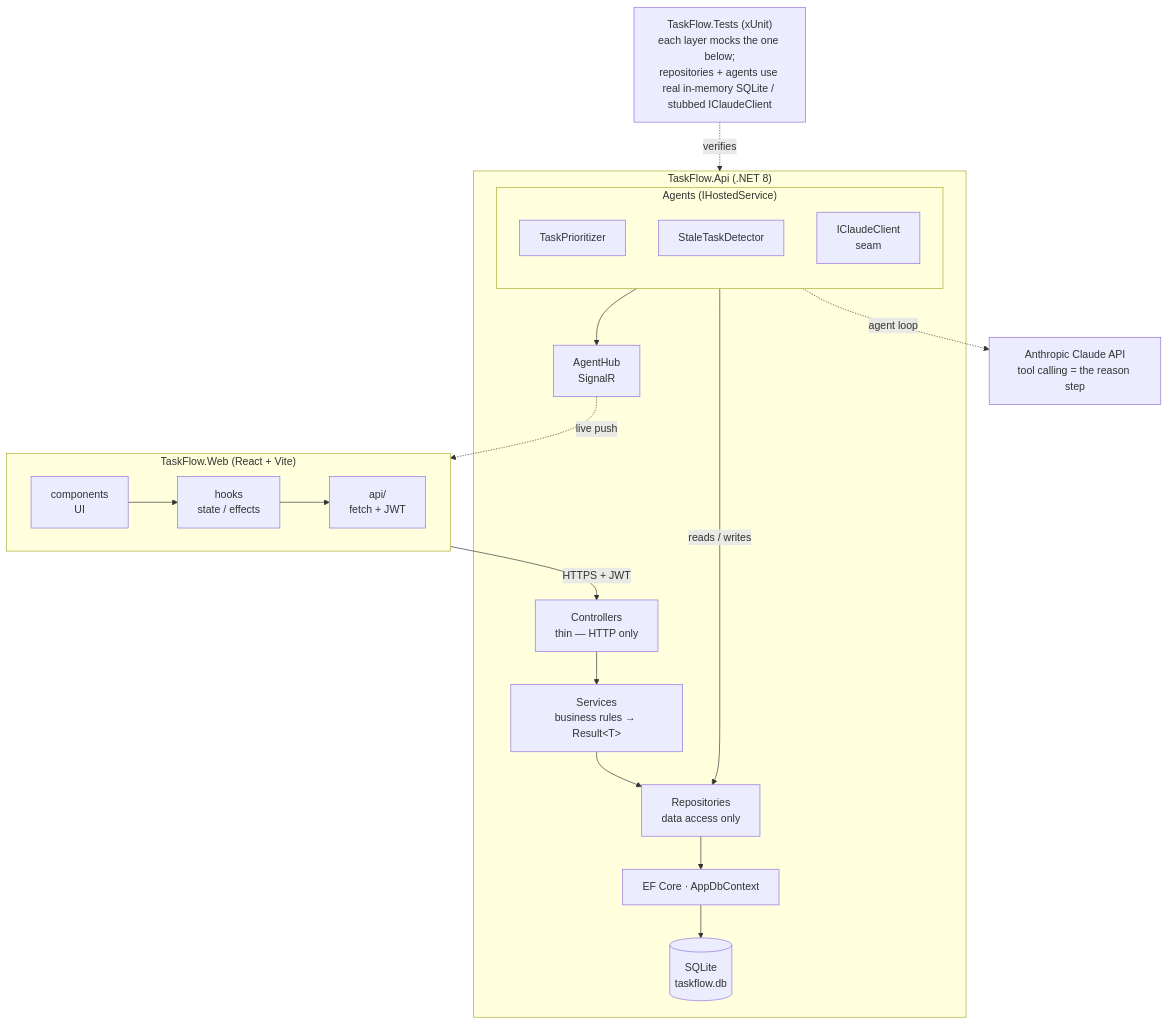
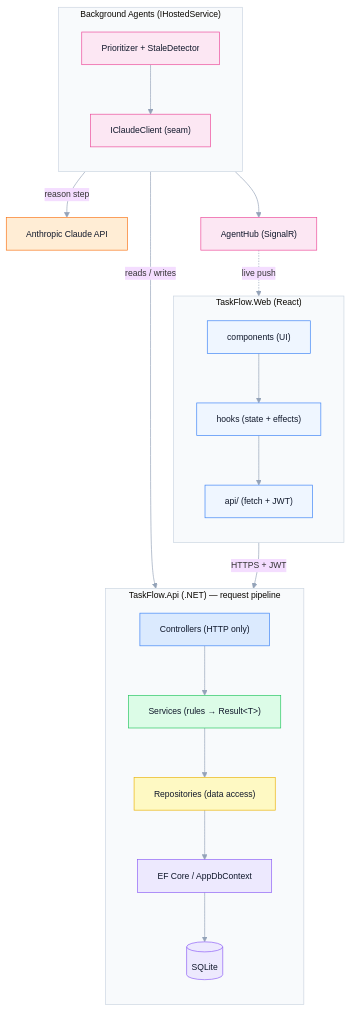
The first of 2 diagrams in TaskFlow_Refactor_Architecture_and_TDD.md (AndrewVanDelden/TaskFlow), drawn with Mermaid before and after one commit. The commit also changed other lines of this file and 9 other files, not shown here.

Commit message:
feat(services): complete task + auth services with full unit tests

````diff
--- a/TaskFlow_Refactor_Architecture_and_TDD.md
+++ b/TaskFlow_Refactor_Architecture_and_TDD.md
@@ -80,34 +80,46 @@
 ```mermaid
+%%{init: {'theme':'base', 'themeVariables': {'lineColor':'#94a3b8','fontSize':'13px'}}}%%
 flowchart TB
-    subgraph WEB["TaskFlow.Web  (React + Vite)"]
-        direction LR
-        CMP[components<br/>UI] --> HK[hooks<br/>state / effects] --> APIC[api/<br/>fetch + JWT]
+    subgraph WEB["TaskFlow.Web (React)"]
+        direction TB
+        CMP["components (UI)"] --> HK["hooks (state + effects)"] --> APIC["api/ (fetch + JWT)"]
     end
 
-    subgraph API["TaskFlow.Api  (.NET 8)"]
-        CT["Controllers<br/>thin — HTTP only"]
-        SV["Services<br/>business rules → Result&lt;T&gt;"]
-        RP["Repositories<br/>data access only"]
-        EF["EF Core · AppDbContext"]
-        DB[("SQLite<br/>taskflow.db")]
-        CT --> SV --> RP --> EF --> DB
-
-        subgraph AG["Agents  (IHostedService)"]
-            direction TB
-            PR[TaskPrioritizer]
-            ST[StaleTaskDetector]
-            ICL[IClaudeClient<br/>seam]
-        end
-        AG -->|reads / writes| RP
-        HUB["AgentHub<br/>SignalR"]
-        AG --> HUB
+    subgraph API["TaskFlow.Api (.NET) — request pipeline"]
+        direction TB
+        CT["Controllers (HTTP only)"] --> SV["Services (rules → Result&lt;T&gt;)"] --> RP["Repositories (data access)"] --> EF["EF Core / AppDbContext"] --> DB[("SQLite")]
     end
 
-    CLAUDE["Anthropic Claude API<br/>tool calling = the reason step"]
-    TESTS["TaskFlow.Tests (xUnit)<br/>each layer mocks the one below;<br/>repositories + agents use real in-memory SQLite / stubbed IClaudeClient"]
+    subgraph AGENTS["Background Agents (IHostedService)"]
+        direction TB
+        PRI["Prioritizer + StaleDetector"] --> ICL["IClaudeClient (seam)"]
+    end
 
-    APIC -->|HTTPS + JWT| CT
-    HUB -. live push .-> HK
-    ICL -. agent loop .-> CLAUDE
-    TESTS -. verifies .-> API
+    CLAUDE["Anthropic Claude API"]
+
+    APIC -->|"HTTPS + JWT"| CT
+    PRI -->|"reads / writes"| RP
+    ICL -->|"reason step"| CLAUDE
+    PRI --> HUB["AgentHub (SignalR)"]
+    HUB -.->|"live push"| HK
+
+    classDef web  fill:#eff6ff,stroke:#3b82f6,color:#0f172a;
+    classDef ctl  fill:#dbeafe,stroke:#3b82f6,color:#0f172a;
+    classDef svc  fill:#dcfce7,stroke:#22c55e,color:#0f172a;
+    classDef repo fill:#fef9c3,stroke:#eab308,color:#0f172a;
+    classDef data fill:#ede9fe,stroke:#8b5cf6,color:#0f172a;
+    classDef agent fill:#fce7f3,stroke:#ec4899,color:#0f172a;
+    classDef ext  fill:#ffedd5,stroke:#f97316,color:#0f172a;
+
+    class CMP,HK,APIC web;
+    class CT ctl;
+    class SV svc;
+    class RP repo;
+    class EF,DB data;
+    class PRI,ICL,HUB agent;
+    class CLAUDE ext;
+
+    style WEB fill:#f8fafc,stroke:#cbd5e1;
+    style API fill:#f8fafc,stroke:#cbd5e1;
+    style AGENTS fill:#f8fafc,stroke:#cbd5e1;
 ```
````
